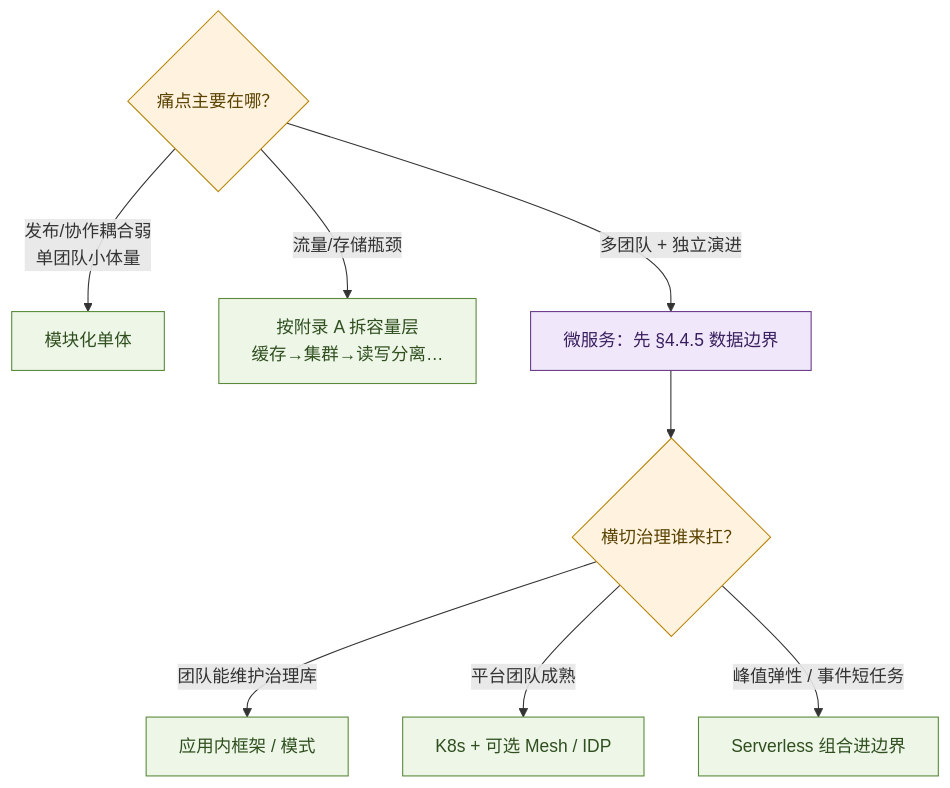
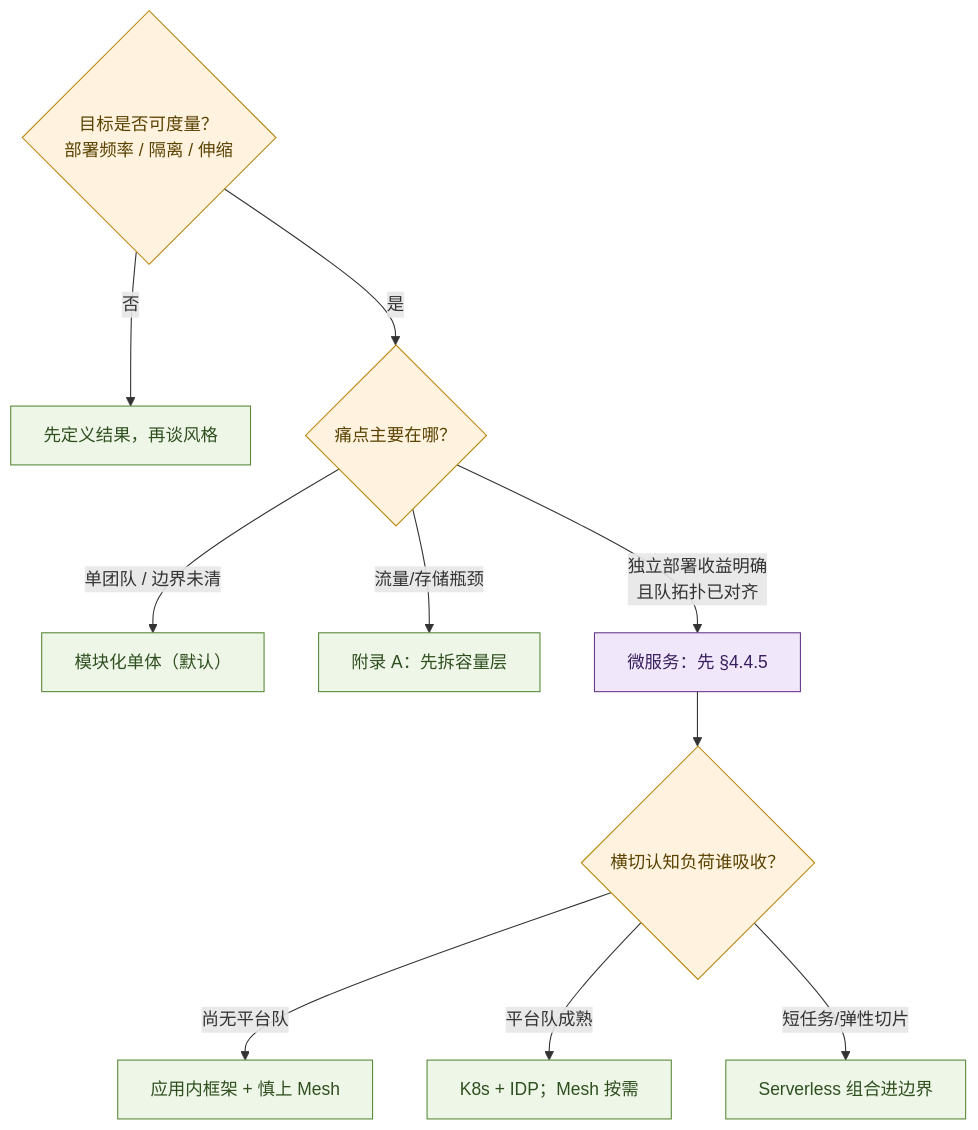
The fourth of 4 diagrams in 20-architecture/21-service-architecture-evolution.md (xiaxinyu/knowledge_base), drawn with Mermaid before and after one commit. The commit also changed other lines of this file and 1 other file, not shown here.

````diff
--- a/20-architecture/21-service-architecture-evolution.md
+++ b/20-architecture/21-service-architecture-evolution.md
@@ -430,15 +439,17 @@
 ```mermaid
 flowchart TD
   classDef q fill:#fff3e0,stroke:#b8860b,color:#5a4200
   classDef ok fill:#eef6e8,stroke:#5a8a3a,color:#2f4f1f
   classDef warn fill:#f0e8fa,stroke:#6a3a8a,color:#3a1f5f
 
-  Q1{"痛点主要在哪？"}:::q
-  Q1 -->|"发布/协作耦合弱<br/>单团队小体量"| M["模块化单体"]:::ok
-  Q1 -->|"流量/存储瓶颈"| Cap["按附录 A 拆容量层<br/>缓存→集群→读写分离…"]:::ok
-  Q1 -->|"多团队 + 独立演进"| MS["微服务：先 §4.4.5 数据边界"]:::warn
-  MS --> Q2{"横切治理谁来扛？"}:::q
-  Q2 -->|"团队能维护治理库"| Lib["应用内框架 / 模式"]:::ok
-  Q2 -->|"平台团队成熟"| Plat["K8s + 可选 Mesh / IDP"]:::ok
-  Q2 -->|"峰值弹性 / 事件短任务"| SL["Serverless 组合进边界"]:::ok
+  Q0{"目标是否可度量？<br/>部署频率 / 隔离 / 伸缩"}:::q
+  Q0 -->|"否"| Stop["先定义结果，再谈风格"]:::ok
+  Q0 -->|"是"| Q1{"痛点主要在哪？"}:::q
+  Q1 -->|"单团队 / 边界未清"| M["模块化单体（默认）"]:::ok
+  Q1 -->|"流量/存储瓶颈"| Cap["附录 A：先拆容量层"]:::ok
+  Q1 -->|"独立部署收益明确<br/>且队拓扑已对齐"| MS["微服务：先 §4.4.5"]:::warn
+  MS --> Q2{"横切认知负荷谁吸收？"}:::q
+  Q2 -->|"尚无平台队"| Lib["应用内框架 + 慎上 Mesh"]:::ok
+  Q2 -->|"平台队成熟"| Plat["K8s + IDP；Mesh 按需"]:::ok
+  Q2 -->|"短任务/弹性切片"| SL["Serverless 组合进边界"]:::ok
 ```
````
